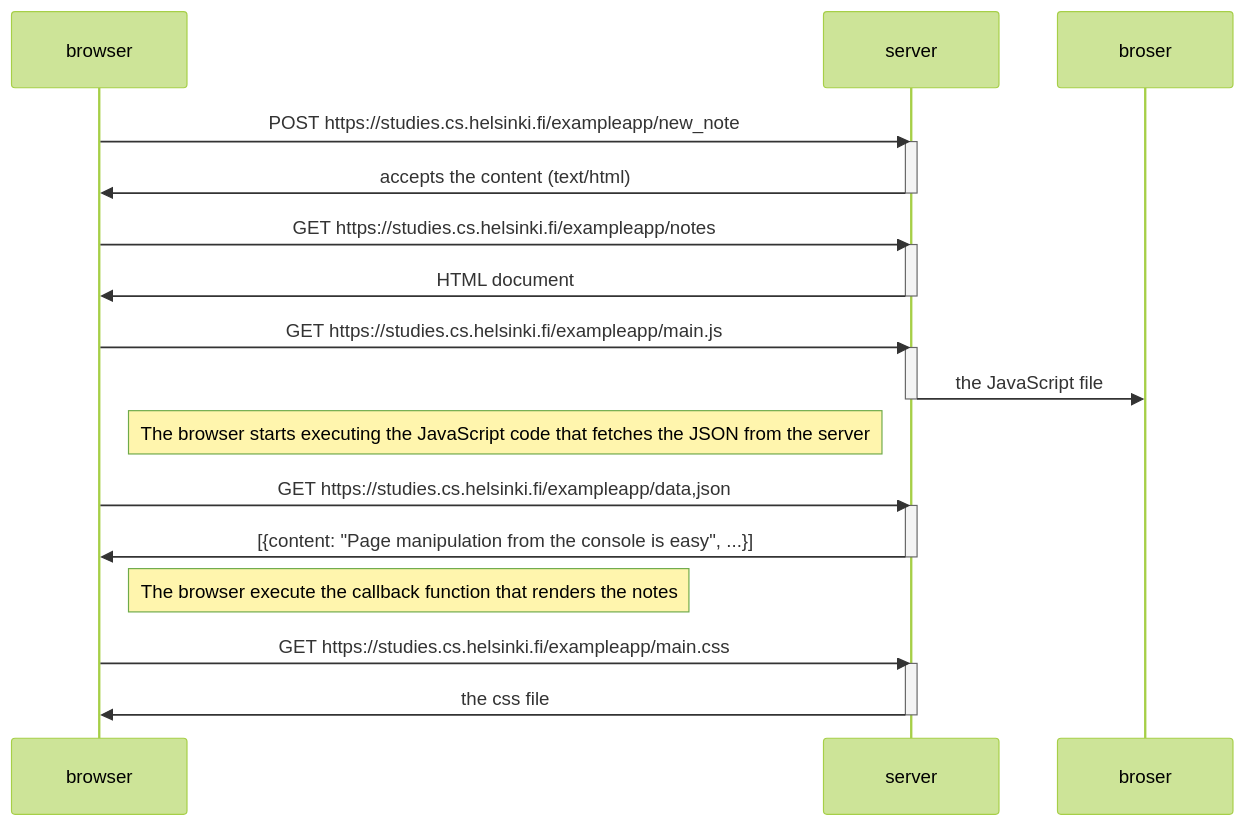
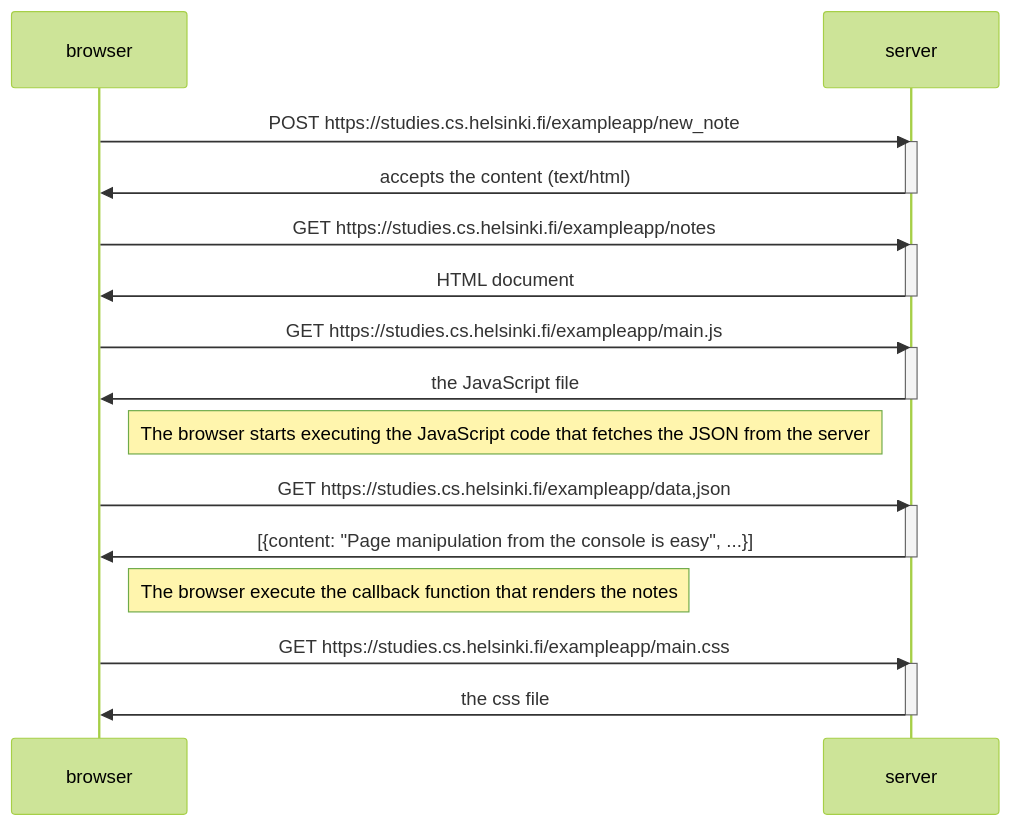
The diagram in part0/newnotediagram.md (daphne1000000/fullstackopen), drawn with Mermaid (forest theme) before and after one commit.

Commit message:
Fix spelling of browser

````diff
--- a/part0/newnotediagram.md
+++ b/part0/newnotediagram.md
@@ -1,34 +1,34 @@
 ```mermaid
 sequenceDiagram
 	participant browser
 	participant server
 
  	browser->>server: POST https://studies.cs.helsinki.fi/exampleapp/new_note
 	activate server
 	server->>browser: accepts the content (text/html)
 	deactivate server
 	
 	browser->>server: GET https://studies.cs.helsinki.fi/exampleapp/notes
 	activate server
 	server->>browser: HTML document
 	deactivate server
 
 	browser->>server: GET https://studies.cs.helsinki.fi/exampleapp/main.js
 	activate server
-	server->>broser: the JavaScript file
+	server->>browser: the JavaScript file
 	deactivate server
 
 	Note right of browser: The browser starts executing the JavaScript code that fetches the JSON from the server
 
 	browser->>server: GET https://studies.cs.helsinki.fi/exampleapp/data,json
 	activate server
 	server->>browser: [{content: "Page manipulation from the console is easy", ...}]
 	deactivate server
 
 	Note right of browser: The browser execute the callback function that renders the notes
 
 	browser->>server: GET https://studies.cs.helsinki.fi/exampleapp/main.css
 	activate server
 	server->>browser: the css file
 	deactivate server
 ```
````
